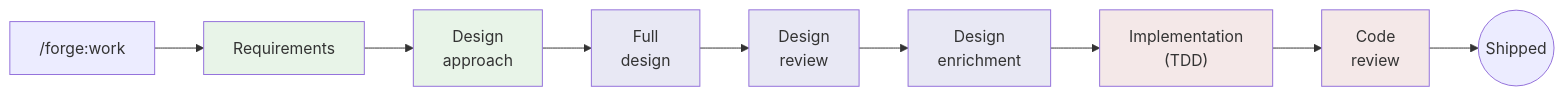
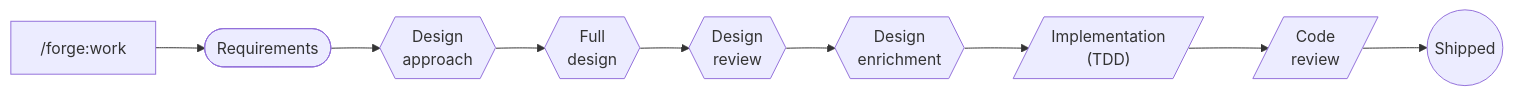
The second of 2 diagrams in docs/workflow-overview.md (flox/forge-plugin), drawn with Mermaid before and after one commit. The commit also changed other lines of this file and 3 other files, not shown here.

First line of the commit message:
fix(docs): replace background fills with distinct shapes in mermaid diagrams

````diff
--- a/docs/workflow-overview.md
+++ b/docs/workflow-overview.md
@@ -89,19 +84,11 @@
 ```mermaid
 flowchart LR
-    W["/forge:work"] --> R["Requirements"]
-    R --> DA["Design<br/>approach"]
-    DA --> FD["Full<br/>design"]
-    FD --> DR["Design<br/>review"]
-    DR --> EN["Design<br/>enrichment"]
-    EN --> I["Implementation<br/>(TDD)"]
-    I --> CR["Code<br/>review"]
+    W["/forge:work"] --> R(["Requirements"])
+    R --> DA{{"Design<br/>approach"}}
+    DA --> FD{{"Full<br/>design"}}
+    FD --> DR{{"Design<br/>review"}}
+    DR --> EN{{"Design<br/>enrichment"}}
+    EN --> I[/"Implementation<br/>(TDD)"/]
+    I --> CR[/"Code<br/>review"/]
     CR --> S(("Shipped"))
-
-    style R fill:#e8f4e8
-    style DA fill:#e8f4e8
-    style FD fill:#e8e8f4
-    style DR fill:#e8e8f4
-    style EN fill:#e8e8f4
-    style I fill:#f4e8e8
-    style CR fill:#f4e8e8
 ```
````
